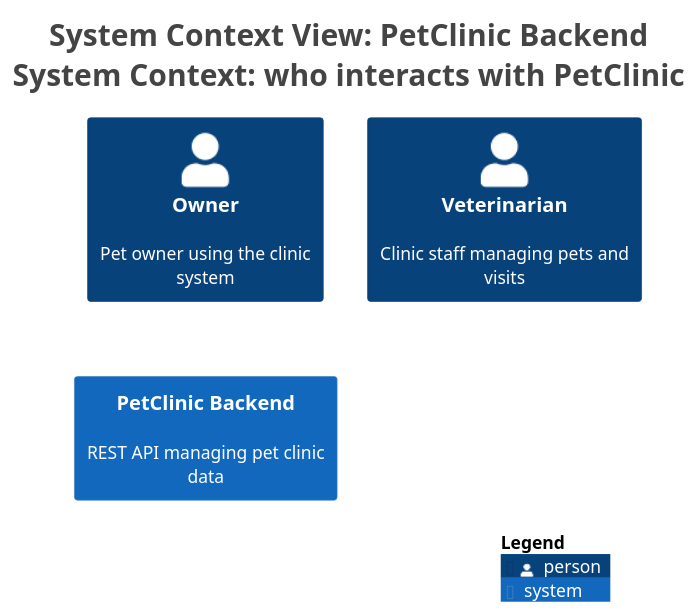
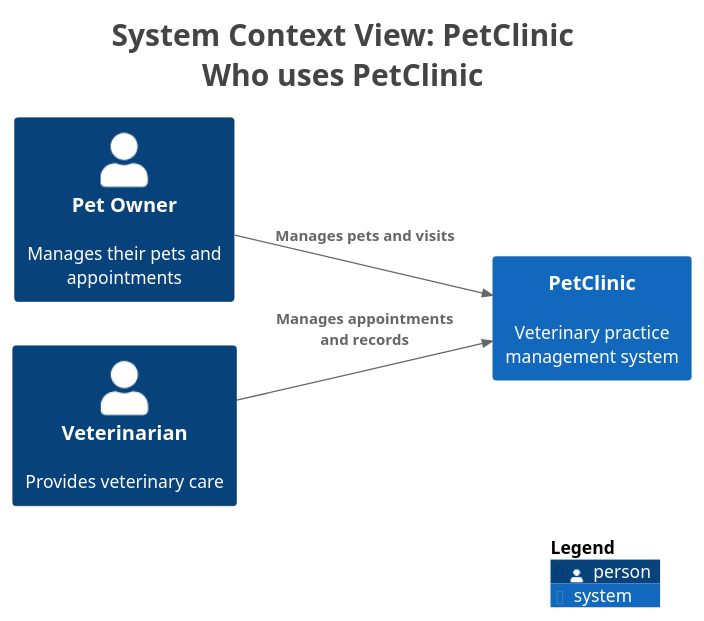
One commit to victorrentea/petclinic changed the diagram in petclinic-backend/docs/c4views/SystemContext.puml. Above: the diagram before and after it, drawn with PlantUML. The commit also changed 28 other files, not shown here.

```diff
--- a/petclinic-backend/docs/c4views/SystemContext.puml
+++ b/petclinic-backend/docs/c4views/SystemContext.puml
@@ -1,23 +1,26 @@
 @startuml
-title <size:24>System Context View: PetClinic Backend</size>\n<size:24>System Context: who interacts with PetClinic</size>
+title <size:24>System Context View: PetClinic</size>\n<size:24>Who uses PetClinic</size>
 
 set separator none
-top to bottom direction
+left to right direction
 
 <style>
   root {
     BackgroundColor: #ffffff
     FontColor: #444444
   }
 </style>
 
 !include <C4/C4>
 !include <C4/C4_Context>
 
-Person(Owner, "Owner", $descr="Pet owner using the clinic system", $tags="", $link="")
-Person(Veterinarian, "Veterinarian", $descr="Clinic staff managing pets and visits", $tags="", $link="")
-System(PetClinicBackend, "PetClinic Backend", $descr="REST API managing pet clinic data", $tags="", $link="")
+Person(PetOwner, "Pet Owner", $descr="Manages their pets and appointments", $tags="", $link="")
+Person(Veterinarian, "Veterinarian", $descr="Provides veterinary care", $tags="", $link="")
+System(PetClinic, "PetClinic", $descr="Veterinary practice management system", $tags="", $link="")
+
+Rel(PetOwner, PetClinic, "Manages pets and visits", $techn="", $tags="", $link="")
+Rel(Veterinarian, PetClinic, "Manages appointments and records", $techn="", $tags="", $link="")
 
 SHOW_LEGEND(true)
 hide stereotypes
 @enduml
```
